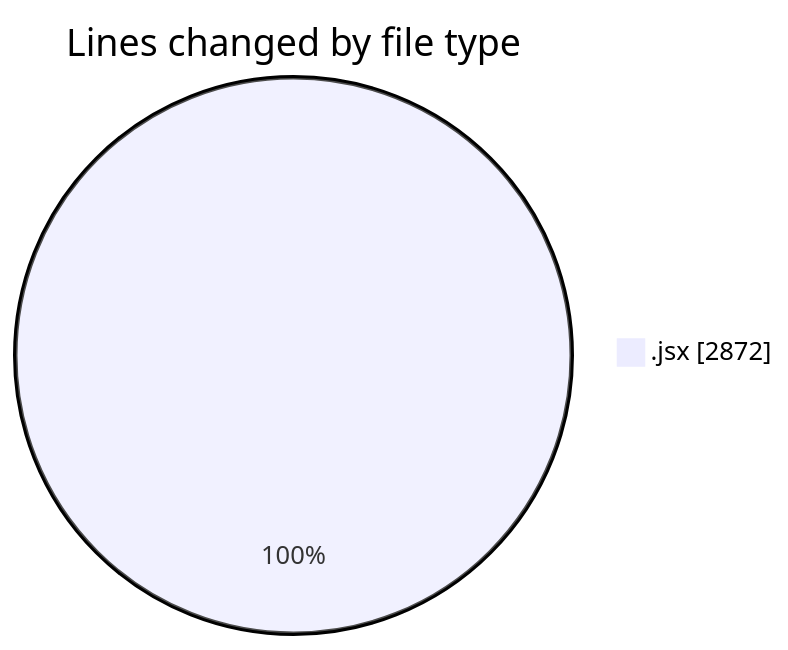
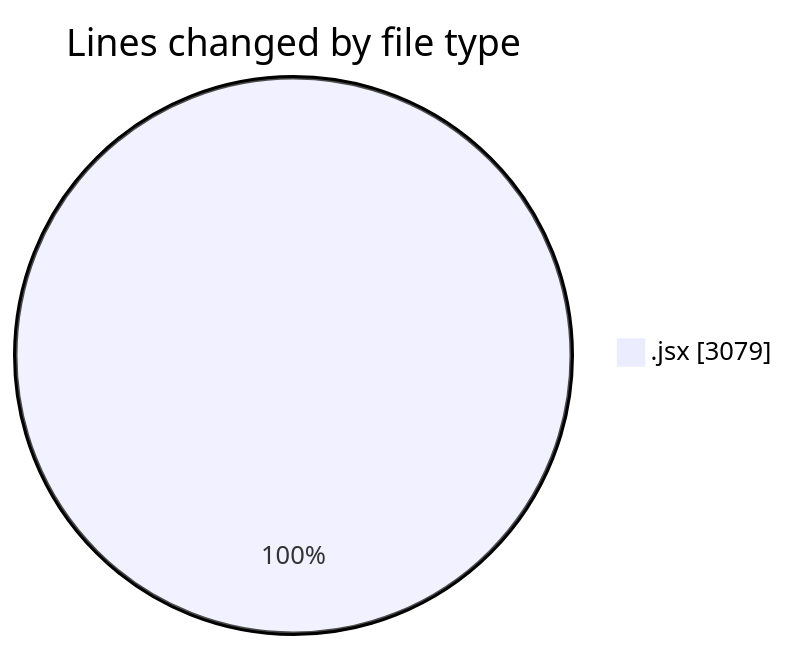
The first of 2 diagrams in 2025-10-07/nxtqube_webapp/README.md (nxtqubesakshisongat/code-tracking), drawn with Mermaid before and after one commit. The commit also changed other lines of this file and 1 other file, not shown here.

````diff
--- a/2025-10-07/nxtqube_webapp/README.md
+++ b/2025-10-07/nxtqube_webapp/README.md
@@ -20,5 +21,5 @@
 ```mermaid
 pie showData
 title Lines changed by file type
-".jsx" : 2872
+".jsx" : 3079
 ```
````
